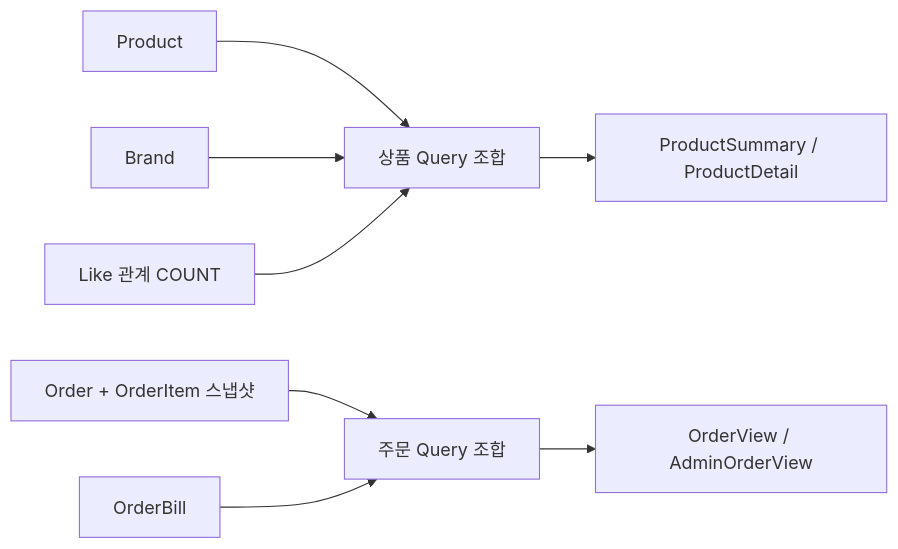
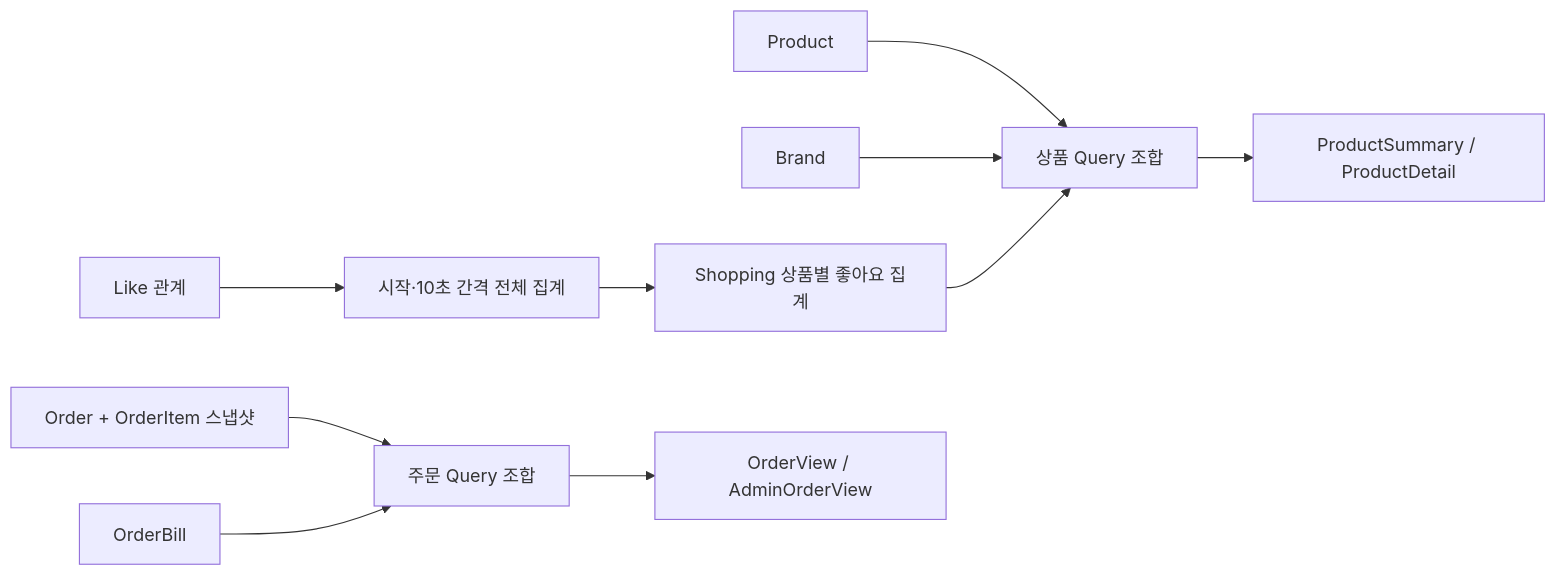
The diagram in docs/week2/06-read-models.md (corinB/loop-pack-be-l2-vol5-java), drawn with Mermaid before and after one commit. The commit also changed other lines of this file and 12 other files, not shown here.

````diff
--- a/docs/week2/06-read-models.md
+++ b/docs/week2/06-read-models.md
@@ -54,10 +60,12 @@
 ```mermaid
 flowchart LR
     P[Product] --> Q[상품 Query 조합]
     B[Brand] --> Q
-    L[Like 관계 COUNT] --> Q
+    L[Like 관계] --> T[시작·10초 간격 전체 집계]
+    T --> LC[Shopping 상품별 좋아요 집계]
+    LC --> Q
     Q --> V[ProductSummary / ProductDetail]
     O[Order + OrderItem 스냅샷] --> R[주문 Query 조합]
     OB[OrderBill] --> R
     R --> OV[OrderView / AdminOrderView]
 ```
````
